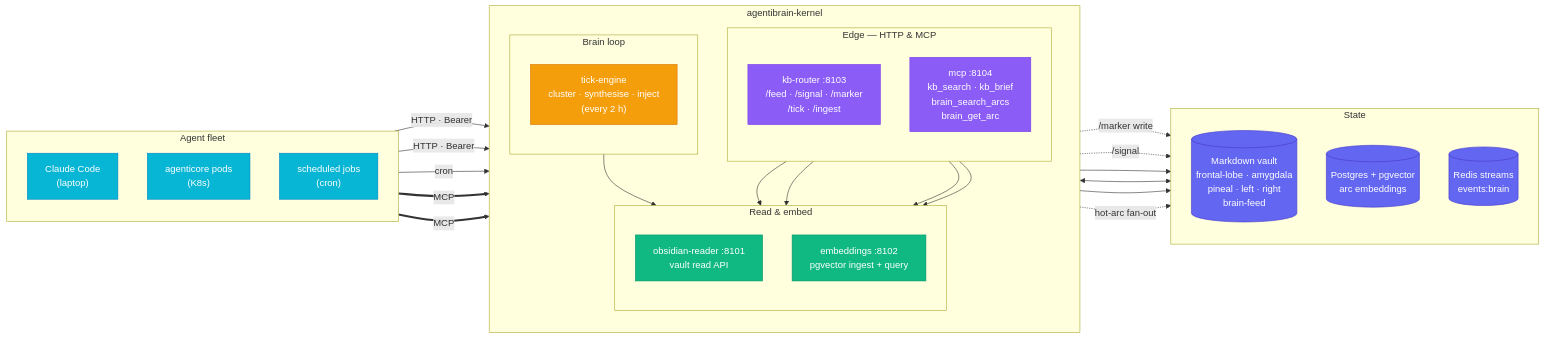
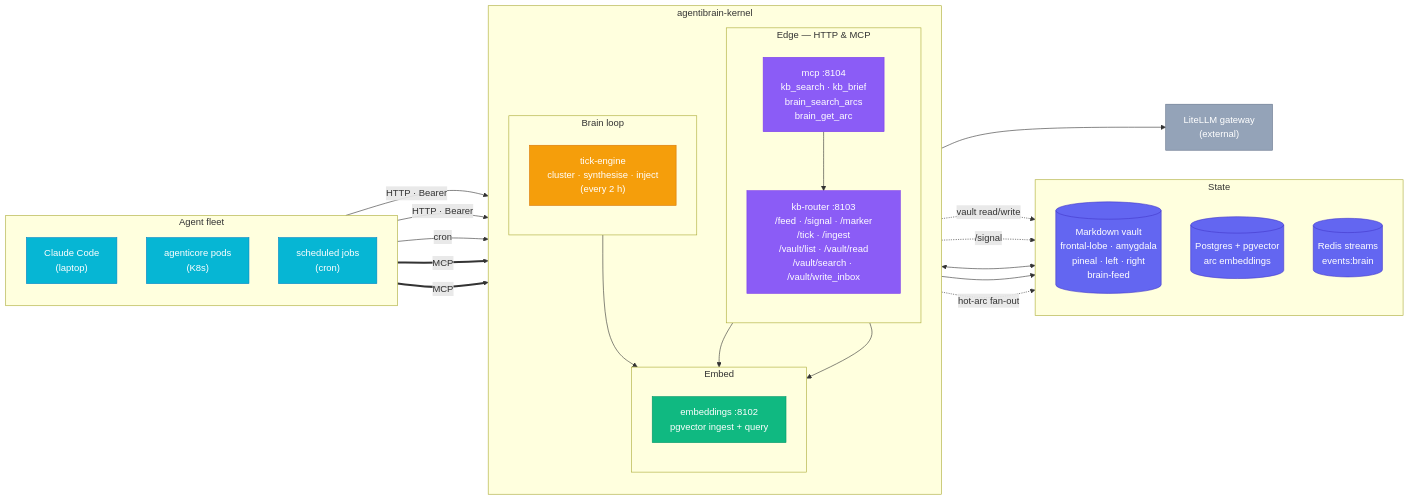
The diagram in README.md (the-cloud-clockwork/agentibrain-kernel), drawn with Mermaid before and after one commit. The commit also changed other lines of this file and 29 other files, not shown here.

First line of the commit message:
retire(obsidian-reader): delete service, chart, and all references

````diff
--- a/README.md
+++ b/README.md
@@ -40,12 +40,11 @@
         direction TB
         subgraph EDGE["Edge — HTTP &amp; MCP"]
             direction TB
-            KB["kb-router :8103<br/>/feed · /signal · /marker<br/>/tick · /ingest"]
+            KB["kb-router :8103<br/>/feed · /signal · /marker<br/>/tick · /ingest<br/>/vault/list · /vault/read<br/>/vault/search · /vault/write_inbox"]
             MCP["mcp :8104<br/>kb_search · kb_brief<br/>brain_search_arcs<br/>brain_get_arc"]
         end
-        subgraph CORE["Read &amp; embed"]
+        subgraph CORE["Embed"]
             direction TB
-            OR["obsidian-reader :8101<br/>vault read API"]
             EMB["embeddings :8102<br/>pgvector ingest + query"]
         end
         subgraph LOOP["Brain loop"]
@@ -53,6 +52,11 @@
             TICK["tick-engine<br/>cluster · synthesise · inject<br/>(every 2 h)"]
         end
     end
+
+    %% =======================
+    %% Inference
+    %% =======================
+    LITELLM["LiteLLM gateway<br/>(external)"]
 
     %% =======================
     %% Persistence
@@ -73,15 +77,14 @@
     A1 ==>|MCP| MCP
     A2 ==>|MCP| MCP
 
-    KB --> OR
     KB --> EMB
-    KB -. "/marker write" .-> VAULT
+    KB --> LITELLM
+    KB -. "vault read/write" .-> VAULT
     KB -. "/signal" .-> REDIS
 
-    MCP --> OR
     MCP --> EMB
+    MCP --> KB
 
-    OR --> VAULT
     EMB <--> PG
 
     TICK --> VAULT
@@ -96,9 +99,11 @@
     classDef core fill:#10b981,stroke:#059669,color:#fff
     classDef loop fill:#f59e0b,stroke:#d97706,color:#fff
     classDef store fill:#6366f1,stroke:#4338ca,color:#fff
+    classDef ext fill:#94a3b8,stroke:#64748b,color:#fff
     class A1,A2,A3 client
     class KB,MCP edge
-    class OR,EMB core
+    class EMB core
     class TICK loop
     class VAULT,PG,REDIS store
+    class LITELLM ext
 ```
````
